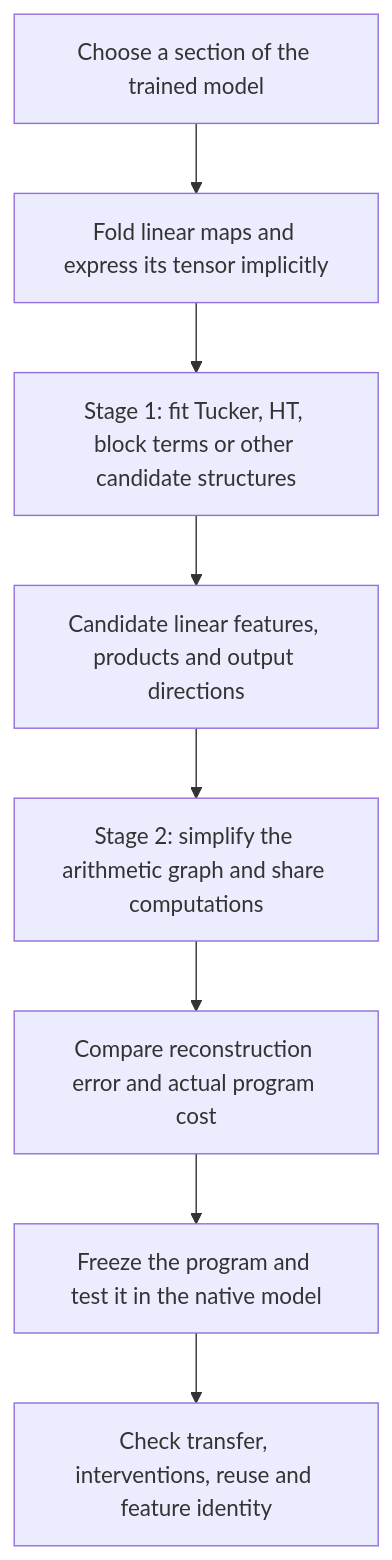
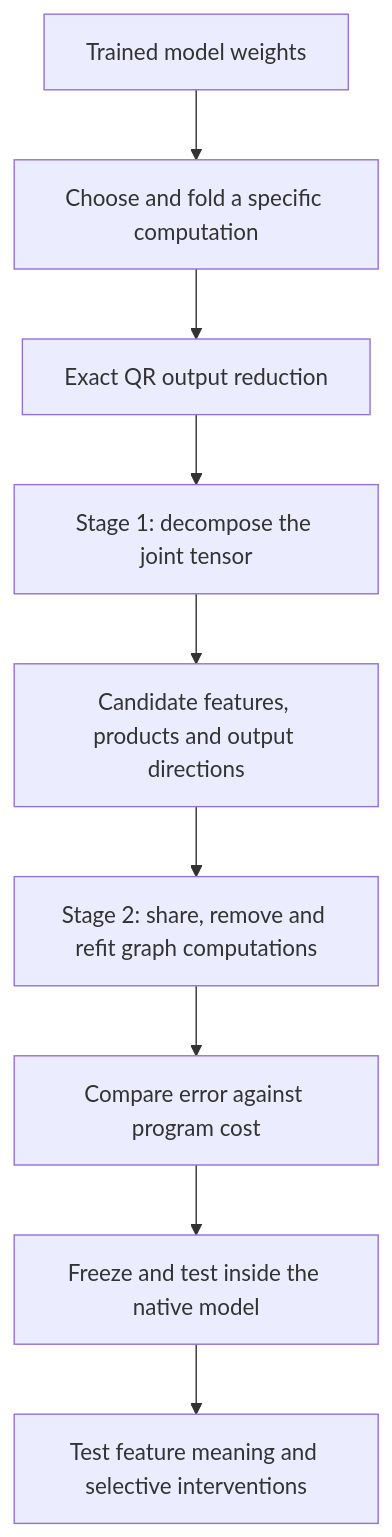
Before and after one commit to loganriggs/tensor_language: the first of 2 diagrams in basis_aligned/polynomial_causal/explanations/for_logan/research_update_2026-09-21_0104_full_coverage_and_shared_baselines.md, drawn with Mermaid. The commit also changed other lines of this file and 7 other files, not shown here.

Commit message:
Clarify decomposition trajectory and test input-role symmetry with output refitting

````diff
--- a/basis_aligned/polynomial_causal/explanations/for_logan/research_update_2026-09-21_0104_full_coverage_and_shared_baselines.md
+++ b/basis_aligned/polynomial_causal/explanations/for_logan/research_update_2026-09-21_0104_full_coverage_and_shared_baselines.md
@@ -21,10 +21,11 @@
 ```mermaid
 flowchart TD
- A[Choose a section of the trained model] --> B[Fold linear maps and express its tensor implicitly]
- B --> C[Stage 1: fit Tucker, HT, block terms or other candidate structures]
- C --> D[Candidate linear features, products and output directions]
- D --> E[Stage 2: simplify the arithmetic graph and share computations]
- E --> F[Compare reconstruction error and actual program cost]
- F --> G[Freeze the program and test it in the native model]
- G --> H[Check transfer, interventions, reuse and feature identity]
+    A[Trained model weights] --> B[Choose and fold a specific computation]
+    B --> C[Exact QR output reduction]
+    C --> D[Stage 1: decompose the joint tensor]
+    D --> E[Candidate features, products and output directions]
+    E --> F[Stage 2: share, remove and refit graph computations]
+    F --> G[Compare error against program cost]
+    G --> H[Freeze and test inside the native model]
+    H --> I[Test feature meaning and selective interventions]
 ```
````
